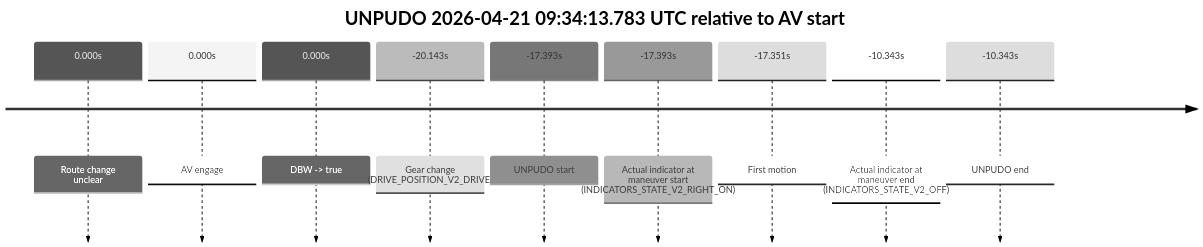
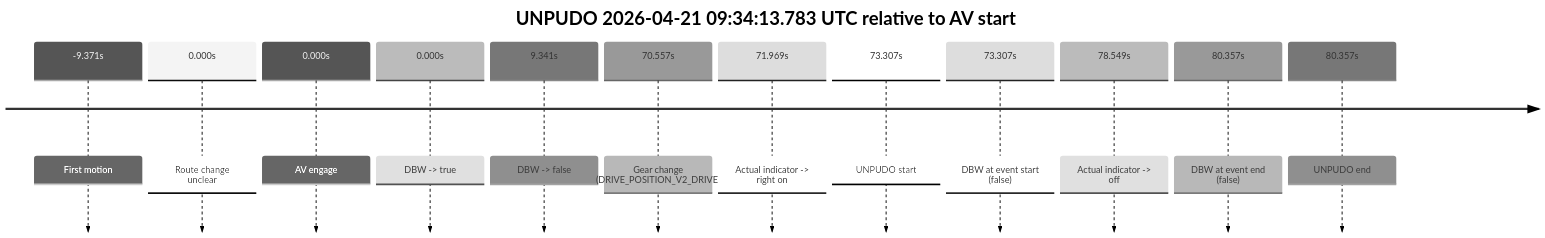
Before and after one commit to yoelshapiro/vault: the fifth of 5 diagrams in model_analysis/report_cards/2026/04/Week-4/fme20031--2026-04-21--08-38-33--gen2-av-06e51cdb-6c4f-452c-9972-f5a2806c88db.md, drawn with Mermaid (neutral theme). The commit also changed other lines of this file and 85 other files, not shown here.

````diff
--- a/model_analysis/report_cards/2026/04/Week-4/fme20031--2026-04-21--08-38-33--gen2-av-06e51cdb-6c4f-452c-9972-f5a2806c88db.md
+++ b/model_analysis/report_cards/2026/04/Week-4/fme20031--2026-04-21--08-38-33--gen2-av-06e51cdb-6c4f-452c-9972-f5a2806c88db.md
@@ -466,13 +429,16 @@
 ```mermaid
 timeline
     title UNPUDO 2026-04-21 09:34:13.783 UTC relative to AV start
+    -9.371s : First motion
     0.000s : Route change unclear
     0.000s : AV engage
     0.000s : DBW -> true
-    -20.143s : Gear change (DRIVE_POSITION_V2_DRIVE)
-    -17.393s : UNPUDO start
-    -17.393s : Actual indicator at maneuver start (INDICATORS_STATE_V2_RIGHT_ON)
-    -17.351s : First motion
-    -10.343s : Actual indicator at maneuver end (INDICATORS_STATE_V2_OFF)
-    -10.343s : UNPUDO end
+    9.341s : DBW -> false
+    70.557s : Gear change (DRIVE_POSITION_V2_DRIVE)
+    71.969s : Actual indicator -> right on
+    73.307s : UNPUDO start
+    73.307s : DBW at event start (false)
+    78.549s : Actual indicator -> off
+    80.357s : DBW at event end (false)
+    80.357s : UNPUDO end
 ```
````
